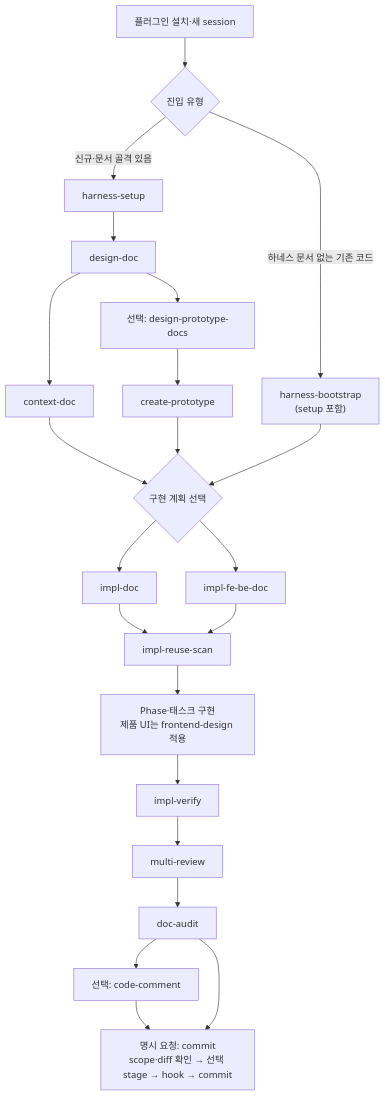
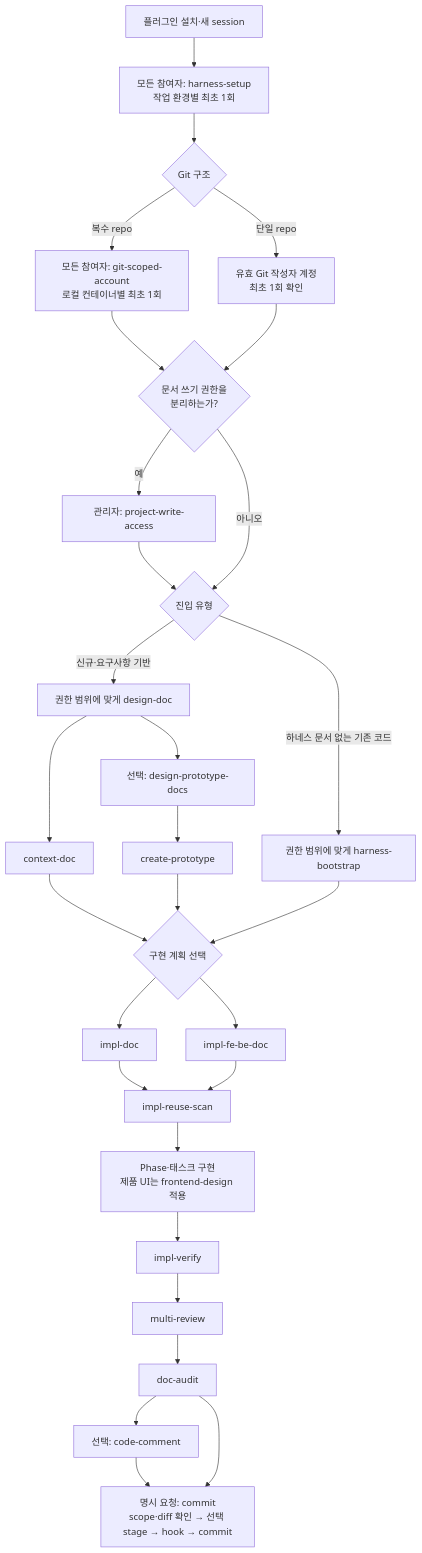
Before and after one commit to hb9397/ai-agent-harness-docs: the first of 2 diagrams in .user-docs/Harness_Engineering.md, drawn with Mermaid. The commit also changed other lines of this file and 5 other files, not shown here.

````diff
--- a/.user-docs/Harness_Engineering.md
+++ b/.user-docs/Harness_Engineering.md
@@ -183,24 +201,31 @@
 ```mermaid
 flowchart TD
-    S["플러그인 설치·새 session"] --> X{"진입 유형"}
-    X -->|"신규·문서 골격 있음"| H["harness-setup"]
-    H --> D["design-doc"]
-    X -->|"하네스 문서 없는 기존 코드"| B["harness-bootstrap<br/>(setup 포함)"]
+    S["플러그인 설치·새 session"] --> H["모든 참여자: harness-setup<br/>작업 환경별 최초 1회"]
+    H --> G{"Git 구조"}
+    G -->|"복수 repo"| GA["모든 참여자: git-scoped-account<br/>로컬 컨테이너별 최초 1회"]
+    G -->|"단일 repo"| GV["유효 Git 작성자 계정<br/>최초 1회 확인"]
+    GA --> A{"문서 쓰기 권한을<br/>분리하는가?"}
+    GV --> A
+    A -->|"예"| PA["관리자: project-write-access"]
+    A -->|"아니오"| X{"진입 유형"}
+    PA --> X
+    X -->|"신규·요구사항 기반"| D["권한 범위에 맞게 design-doc"]
+    X -->|"하네스 문서 없는 기존 코드"| B["권한 범위에 맞게 harness-bootstrap"]
     D --> C["context-doc"]
     D --> P["선택: design-prototype-docs"]
     P --> CP["create-prototype"]
     C --> I{"구현 계획 선택"}
     B --> I
     CP --> I
     I --> ID["impl-doc"]
     I --> IF["impl-fe-be-doc"]
     ID --> RS["impl-reuse-scan"]
     IF --> RS
     RS --> W["Phase·태스크 구현<br/>제품 UI는 frontend-design 적용"]
     W --> IV["impl-verify"]
     IV --> MR["multi-review"]
     MR --> DA["doc-audit"]
     DA --> CO["선택: code-comment"]
     DA --> CM["명시 요청: commit<br/>scope·diff 확인 → 선택 stage → hook → commit"]
     CO --> CM
 ```
````
